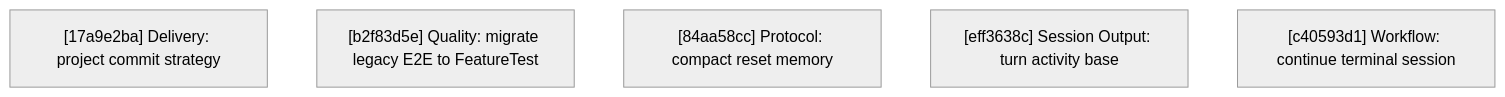
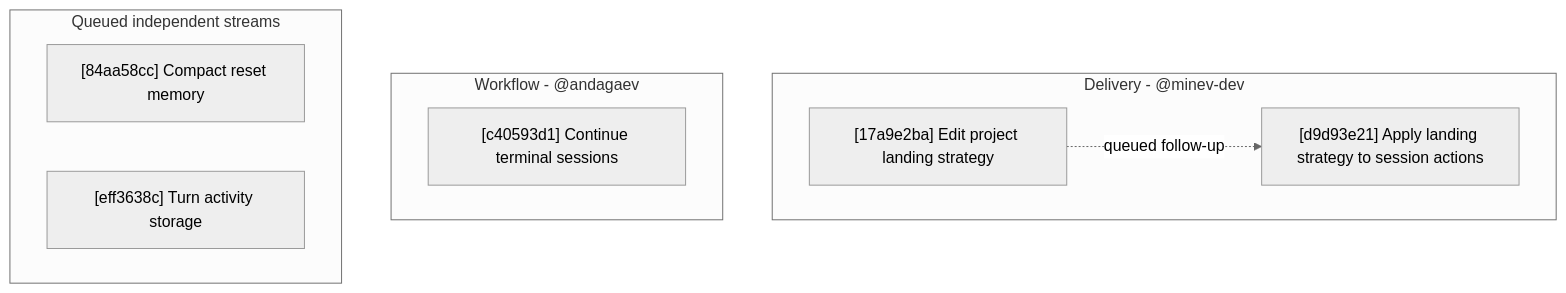
Before and after one commit to agentty-xyz/agentty: the diagram in docs/plan/roadmap.md, drawn with Mermaid (neutral theme). The commit also changed other lines of this file and 7 other files, not shown here.

First line of the commit message:
Refine roadmap linting and planning conventions

````diff
--- a/docs/plan/roadmap.md
+++ b/docs/plan/roadmap.md
@@ -189,8 +100,17 @@
 ```mermaid
 flowchart TD
-    R1["[17a9e2ba] Delivery: project commit strategy"]
-    R2["[b2f83d5e] Quality: migrate legacy E2E to FeatureTest"]
-    R3["[84aa58cc] Protocol: compact reset memory"]
-    R4["[eff3638c] Session Output: turn activity base"]
-    R5["[c40593d1] Workflow: continue terminal session"]
+    subgraph DeliveryLane["Delivery - @minev-dev"]
+        D1["[17a9e2ba] Edit project landing strategy"]
+        D2["[d9d93e21] Apply landing strategy to session actions"]
+        D1 -. queued follow-up .-> D2
+    end
+
+    subgraph WorkflowLane["Workflow - @andagaev"]
+        W1["[c40593d1] Continue terminal sessions"]
+    end
+
+    subgraph LaterLanes["Queued independent streams"]
+        P1["[84aa58cc] Compact reset memory"]
+        S1["[eff3638c] Turn activity storage"]
+    end
 ```
````
